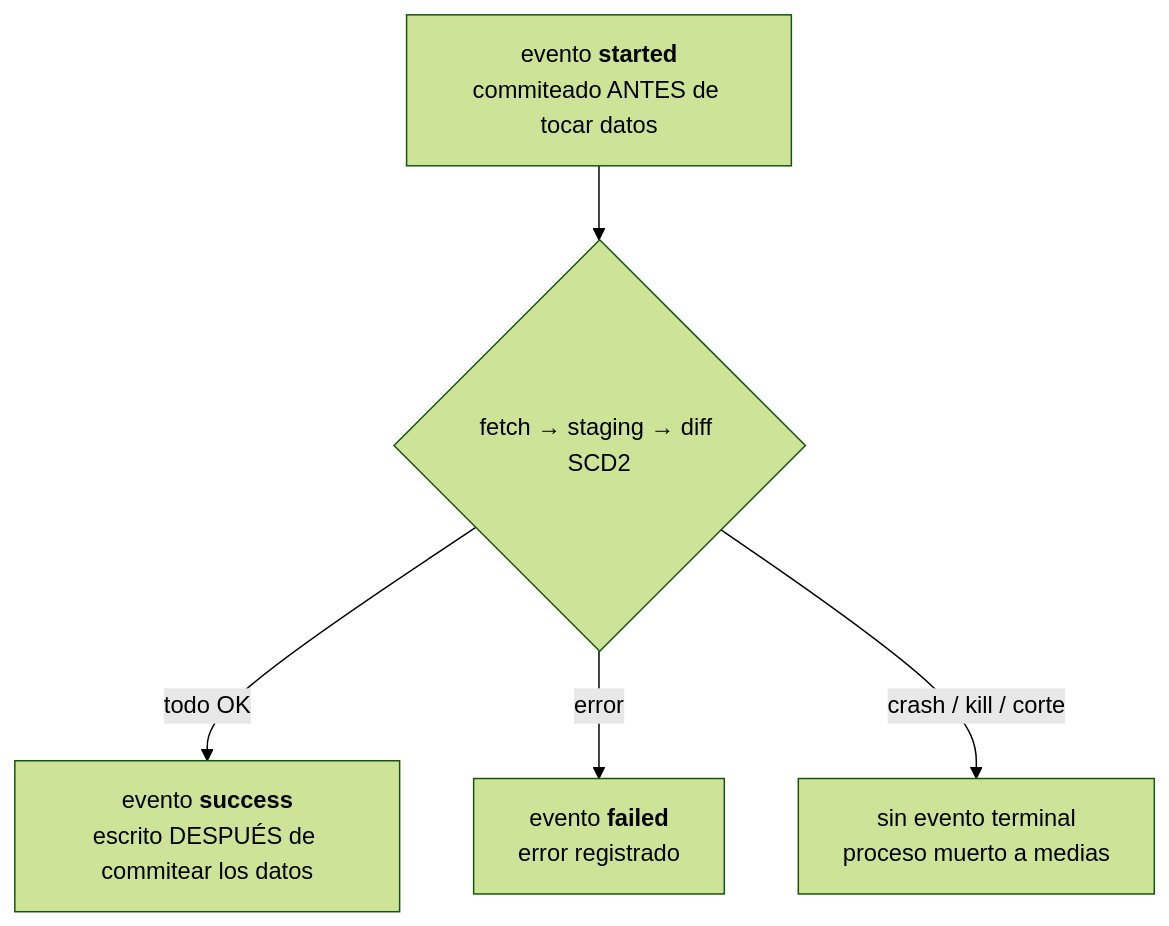
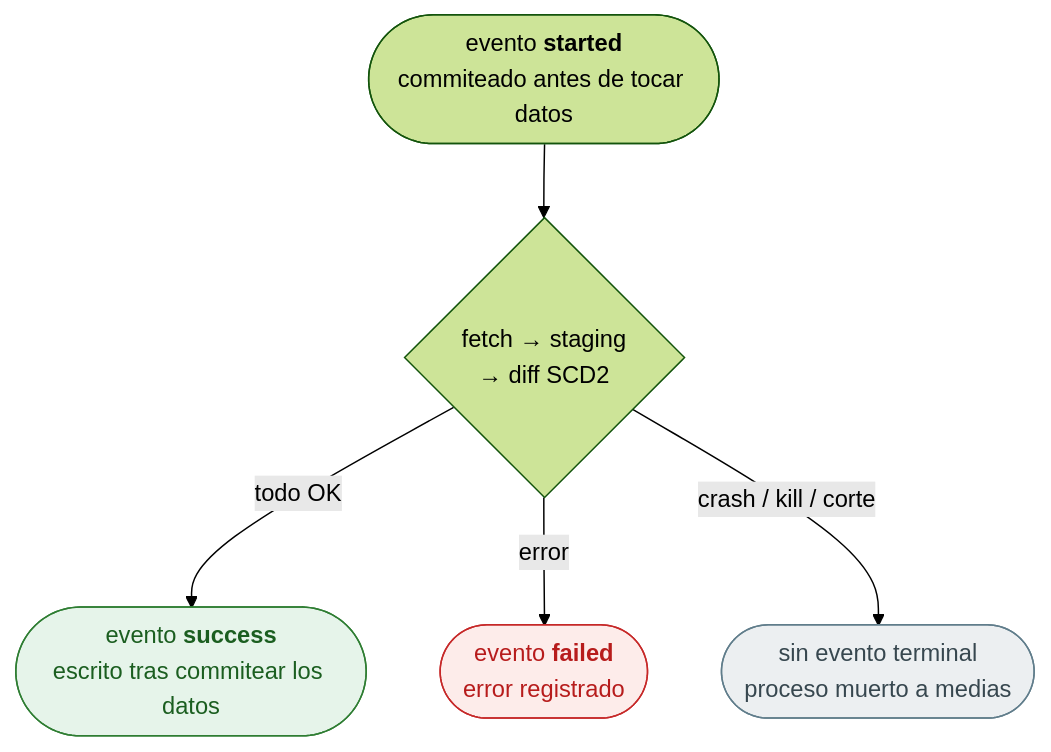
One commit to cruzlorite/bdns-fetch changed the second of 2 diagrams in packages/bdns-sync/README.md. Above: the diagram before and after it, drawn with Mermaid (forest theme). The commit also changed 1 other file, not shown here.

Commit message:
docs: color-code and round the run-lifecycle diagram nodes

````diff
--- a/packages/bdns-sync/README.md
+++ b/packages/bdns-sync/README.md
@@ -179,7 +179,13 @@
 ```mermaid
 flowchart TD
-    A["evento <b>started</b><br/>commiteado ANTES de tocar datos"] --> B{"fetch → staging → diff SCD2"}
-    B -->|todo OK| C["evento <b>success</b><br/>escrito DESPUÉS de commitear los datos"]
-    B -->|error| D["evento <b>failed</b><br/>error registrado"]
-    B -->|crash / kill / corte| E["sin evento terminal<br/>proceso muerto a medias"]
+    A(["evento <b>started</b><br/>commiteado antes de tocar datos"]) --> B{"fetch → staging<br/>→ diff SCD2"}
+    B -->|todo OK| C(["evento <b>success</b><br/>escrito tras commitear los datos"])
+    B -->|error| D(["evento <b>failed</b><br/>error registrado"])
+    B -->|crash / kill / corte| E(["sin evento terminal<br/>proceso muerto a medias"])
+    classDef ok fill:#e6f4ea,stroke:#2e7d32,color:#1b5e20
+    classDef bad fill:#fdecea,stroke:#c62828,color:#b71c1c
+    classDef dead fill:#eceff1,stroke:#607d8b,color:#37474f
+    class C ok
+    class D bad
+    class E dead
 ```
````
